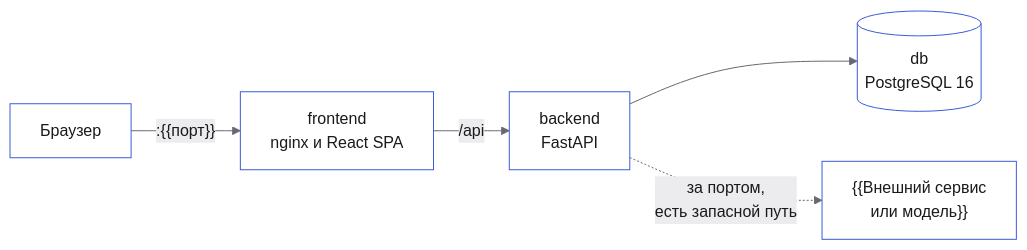
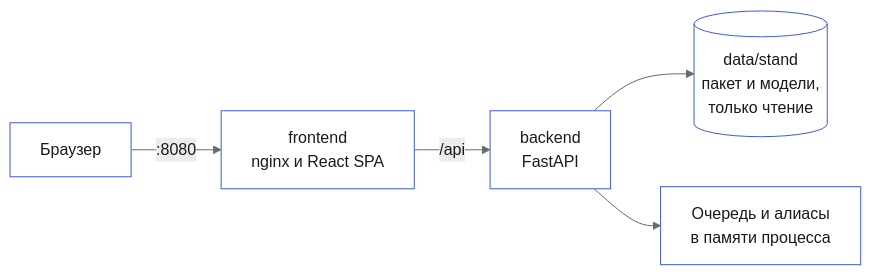
The second of 3 diagrams in docs/architecture.md (GoatWhistle/mvideo), drawn with Mermaid before and after one commit. The commit also changed other lines of this file and 3 other files, not shown here.

Commit message:
docs: describe architecture, dependencies and glossary

````diff
--- a/docs/architecture.md
+++ b/docs/architecture.md
@@ -35,8 +35,8 @@
 ```mermaid
 %%{init: {"theme":"base","themeVariables":{"primaryColor":"#ffffff","primaryTextColor":"#1a1a1e","primaryBorderColor":"#3d5bd9","secondaryColor":"#ececee","tertiaryColor":"#f6f6f7","lineColor":"#686872","textColor":"#1a1a1e","noteBkgColor":"#ececee","noteTextColor":"#54545c","actorBkg":"#ffffff","actorBorder":"#3d5bd9","fontFamily":"Inter Variable"}}}%%
 flowchart LR
-    B["Браузер"] -->|":{{порт}}"| FE["frontend<br/>nginx и React SPA"]
+    B["Браузер"] -->|":8080"| FE["frontend<br/>nginx и React SPA"]
     FE -->|"/api"| BE["backend<br/>FastAPI"]
-    BE --> DB[("db<br/>PostgreSQL 16")]
-    BE -.->|"за портом,<br/>есть запасной путь"| X["{{Внешний сервис<br/>или модель}}"]
+    BE --> P[("data/stand<br/>пакет и модели,<br/>только чтение")]
+    BE --> MEM["Очередь и алиасы<br/>в памяти процесса"]
 ```
````
